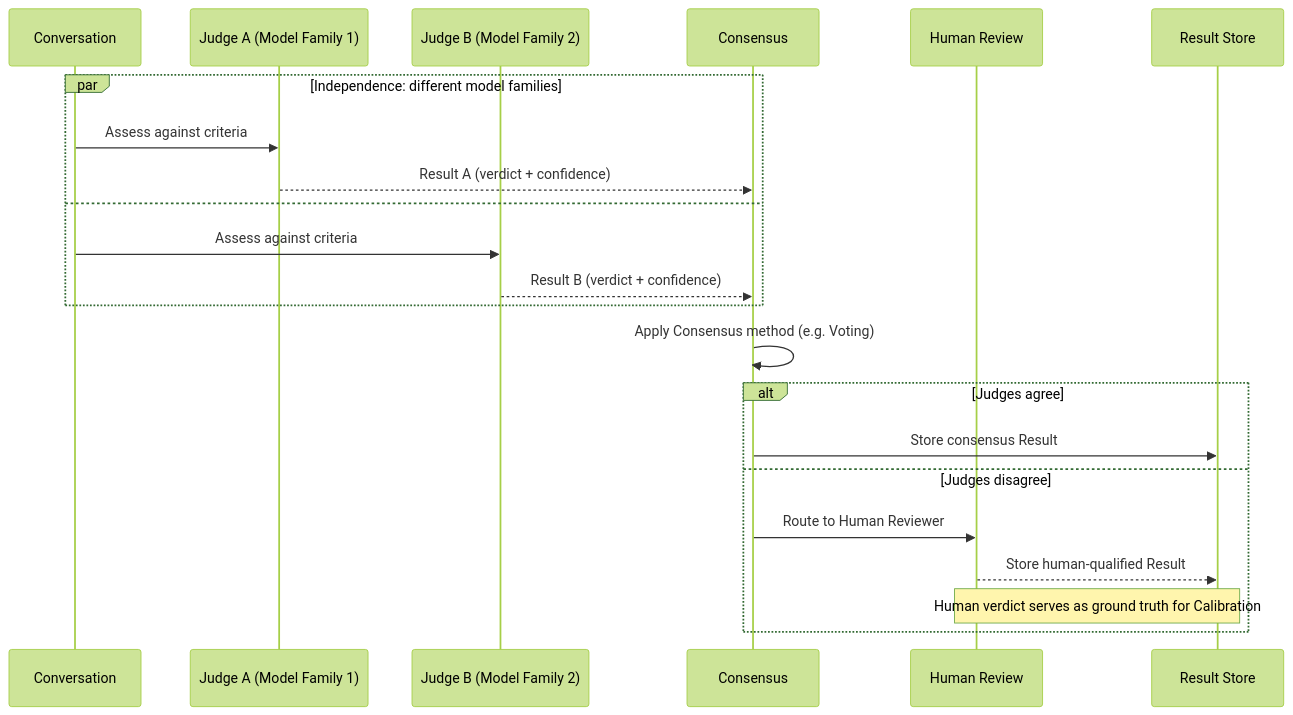
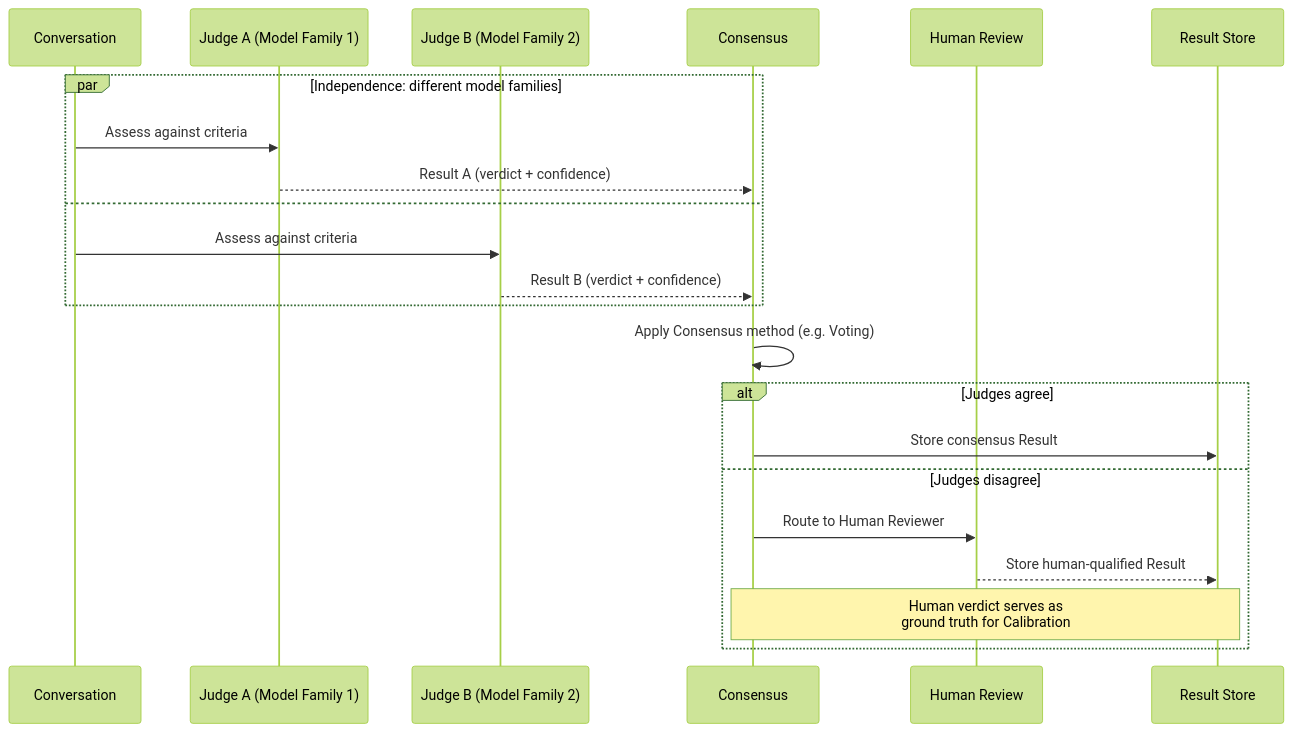
One commit to igorakymenko-create/AQEF changed the fourth of 6 diagrams in appendices/appendix-f-sequence-diagrams.md. Above: the diagram before and after it, drawn with Mermaid (forest theme). The commit also changed other lines of this file and 25 other files, not shown here.

Commit message:
Fix consistency issues found in v0.2 audit: Result schema, Human Reviewer binding, terminology cleanup

````diff
--- a/appendices/appendix-f-sequence-diagrams.md
+++ b/appendices/appendix-f-sequence-diagrams.md
@@ -133,25 +133,25 @@
 ```mermaid
 sequenceDiagram
     participant C as Conversation
     participant JA as Judge A (Model Family 1)
     participant JB as Judge B (Model Family 2)
     participant CO as Consensus
     participant HR as Human Review
     participant RS as Result Store
 
     par Independence: different model families
         C->>JA: Assess against criteria
         JA-->>CO: Result A (verdict + confidence)
     and
         C->>JB: Assess against criteria
         JB-->>CO: Result B (verdict + confidence)
     end
     CO->>CO: Apply Consensus method (e.g. Voting)
     alt Judges agree
         CO->>RS: Store consensus Result
     else Judges disagree
         CO->>HR: Route to Human Reviewer
         HR-->>RS: Store human-qualified Result
-        note over HR,RS: Human verdict serves as ground truth for Calibration
+        note over CO,RS: Human verdict serves as<br/>ground truth for Calibration
     end
 ```
````
